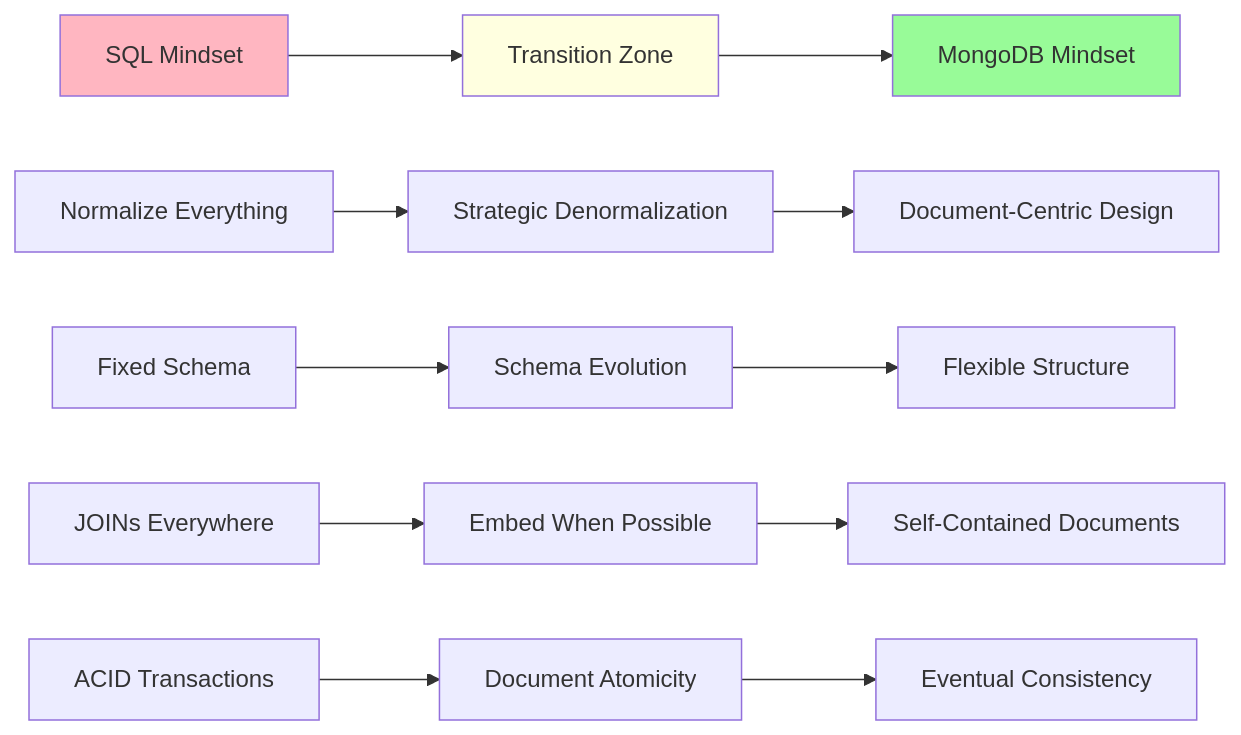
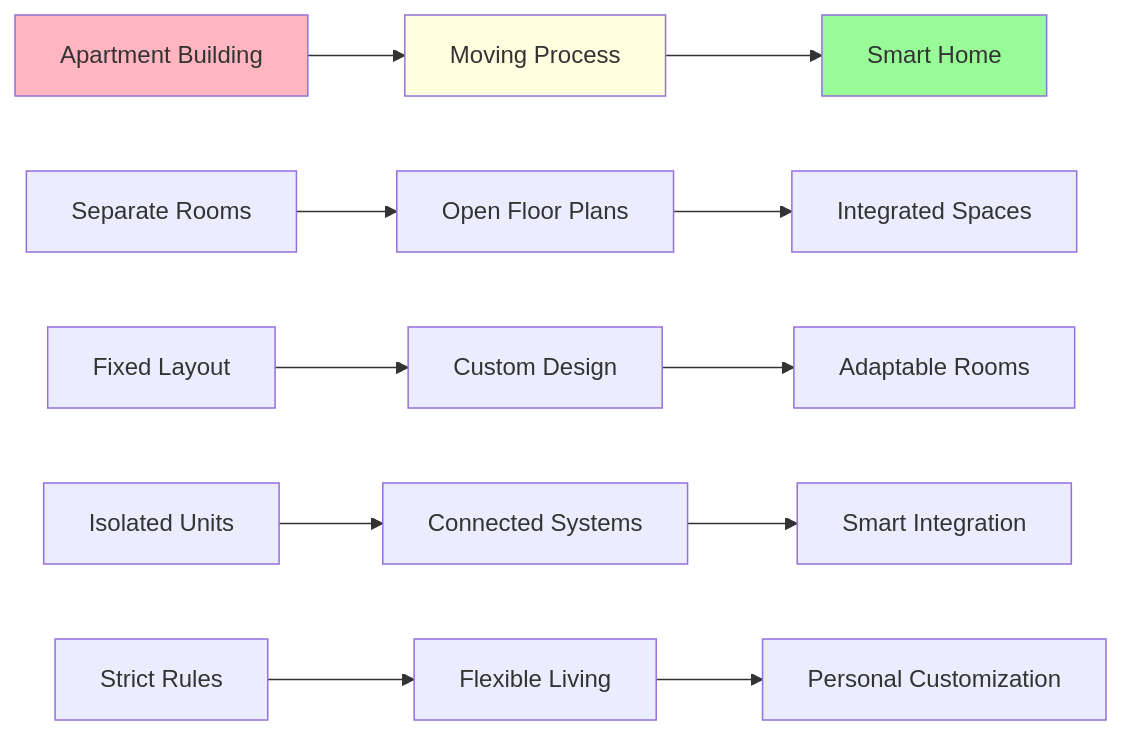
Diagram 11 of 11 in mongodb-nature-guide.md (viswanathsandu/QuickGuides), drawn with Mermaid before and after one commit. The commit also changed other lines of this file, not shown here.

````diff
--- a/mongodb-nature-guide.md
+++ b/mongodb-nature-guide.md
@@ -730,13 +746,13 @@
 ```mermaid
 graph LR
-    A[SQL Mindset] --> B[Transition Zone] --> C[MongoDB Mindset]
+    A[Apartment Building] --> B[Moving Process] --> C[Smart Home]
     
-    A1[Normalize Everything] --> B1[Strategic Denormalization] --> C1[Document-Centric Design]
-    A2[Fixed Schema] --> B2[Schema Evolution] --> C2[Flexible Structure]  
-    A3[JOINs Everywhere] --> B3[Embed When Possible] --> C3[Self-Contained Documents]
-    A4[ACID Transactions] --> B4[Document Atomicity] --> C4[Eventual Consistency]
+    A1[Separate Rooms] --> B1[Open Floor Plans] --> C1[Integrated Spaces]
+    A2[Fixed Layout] --> B2[Custom Design] --> C2[Adaptable Rooms]  
+    A3[Isolated Units] --> B3[Connected Systems] --> C3[Smart Integration]
+    A4[Strict Rules] --> B4[Flexible Living] --> C4[Personal Customization]
     
     style A fill:#FFB6C1
     style B fill:#FFFFE0
     style C fill:#98FB98
 ```
````
